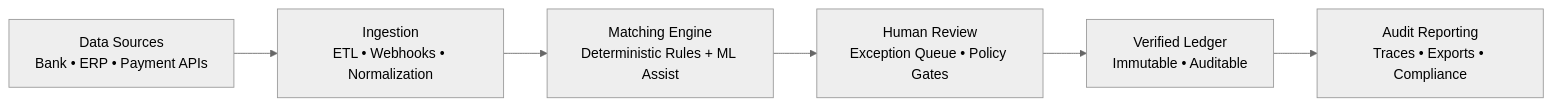
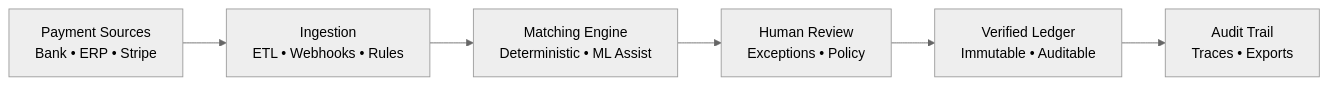
The second of 4 diagrams in README.md (Hardonian/Hardonian), drawn with Mermaid (neutral theme) before and after one commit. The commit also changed other lines of this file, not shown here.

````diff
--- a/README.md
+++ b/README.md
@@ -187,16 +205,15 @@
 ```mermaid
 flowchart LR
+    Sources["Payment Sources<br/>Bank • ERP • Stripe"]
+    Ingest["Ingestion<br/>ETL • Webhooks • Rules"]
+    Match["Matching Engine<br/>Deterministic • ML Assist"]
+    Review["Human Review<br/>Exceptions • Policy"]
+    Ledger["Verified Ledger<br/>Immutable • Auditable"]
+    Audit["Audit Trail<br/>Traces • Exports"]
 
-    Sources["Data Sources<br/>Bank • ERP • Payment APIs"]
-    Ingestion["Ingestion<br/>ETL • Webhooks • Normalization"]
-    Matcher["Matching Engine<br/>Deterministic Rules + ML Assist"]
-    Review["Human Review<br/>Exception Queue • Policy Gates"]
-    Ledger["Verified Ledger<br/>Immutable • Auditable"]
-    Audit["Audit Reporting<br/>Traces • Exports • Compliance"]
-
-    Sources --> Ingestion
-    Ingestion --> Matcher
-    Matcher --> Review
+    Sources --> Ingest
+    Ingest --> Match
+    Match --> Review
     Review --> Ledger
     Ledger --> Audit
 ```
````
